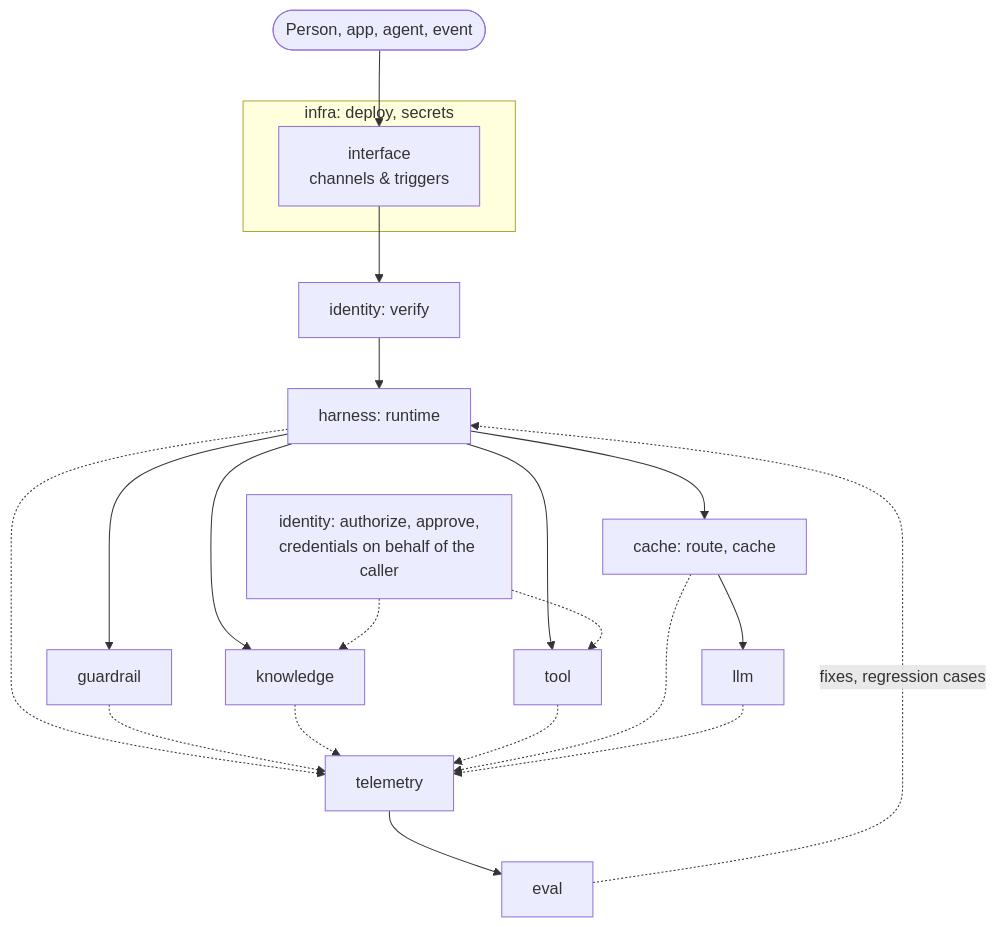
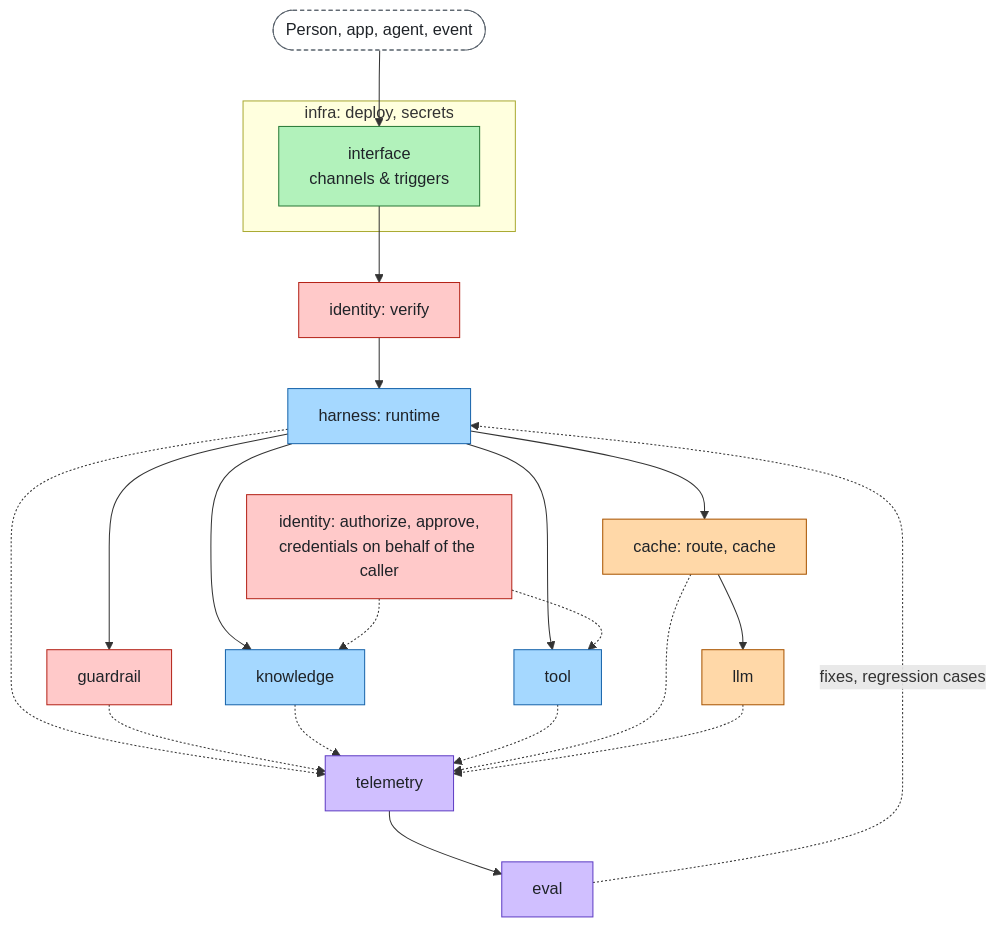
Before and after one commit to aantenore/agent-layers: the second of 3 diagrams in docs/stack.md, drawn with Mermaid. The commit also changed other lines of this file and 17 other files, not shown here.

Commit message:
docs: stack overview figure and diagrams for every layer, journey, profiles and threats

````diff
--- a/docs/stack.md
+++ b/docs/stack.md
@@ -31,24 +77,36 @@
 ```mermaid
 flowchart TB
   client([Person, app, agent, event]) --> interface[interface<br/>channels & triggers]
   interface --> idv[identity: verify]
   idv --> harness[harness: runtime]
   harness --> guardrail[guardrail]
   harness --> knowledge[knowledge]
   harness --> tool[tool]
   ida[identity: authorize, approve,<br/>credentials on behalf of the caller] -.-> tool
   ida -.-> knowledge
   harness --> cache[cache: route, cache]
   cache --> llm[llm]
   harness -.-> telemetry[telemetry]
   guardrail -.-> telemetry
   knowledge -.-> telemetry
   tool -.-> telemetry
   cache -.-> telemetry
   llm -.-> telemetry
   telemetry --> eval[eval]
   eval -.->|fixes, regression cases| harness
   subgraph infra[infra: deploy, secrets]
     interface
   end
+  class client external
+  class interface experience
+  class idv,ida,guardrail control
+  class harness,knowledge,tool agent
+  class cache,llm model
+  class telemetry,eval insight
+  classDef model fill:#ffd8a8,stroke:#a85400,color:#1f2328
+  classDef agent fill:#a5d8ff,stroke:#1864ab,color:#1f2328
+  classDef control fill:#ffc9c9,stroke:#b42318,color:#1f2328
+  classDef experience fill:#b2f2bb,stroke:#2a7a38,color:#1f2328
+  classDef insight fill:#d0bfff,stroke:#5f3dc4,color:#1f2328
+  classDef external fill:#ffffff,stroke:#57606a,color:#1f2328,stroke-dasharray:4 3
 ```
````
